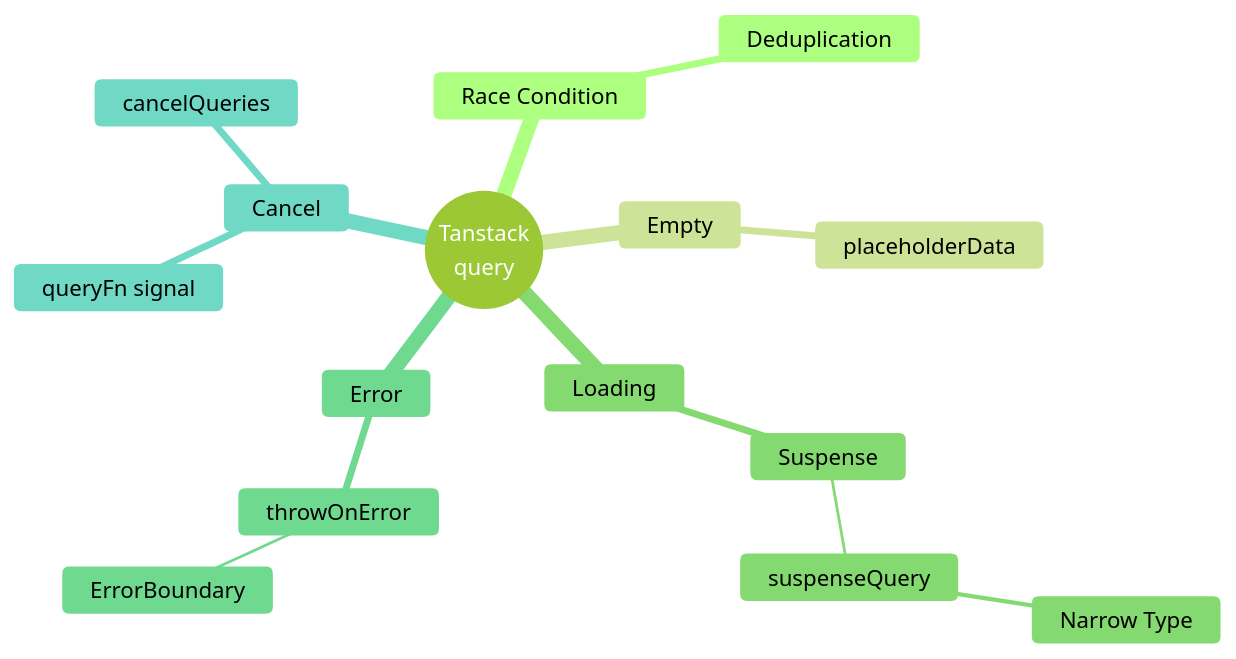
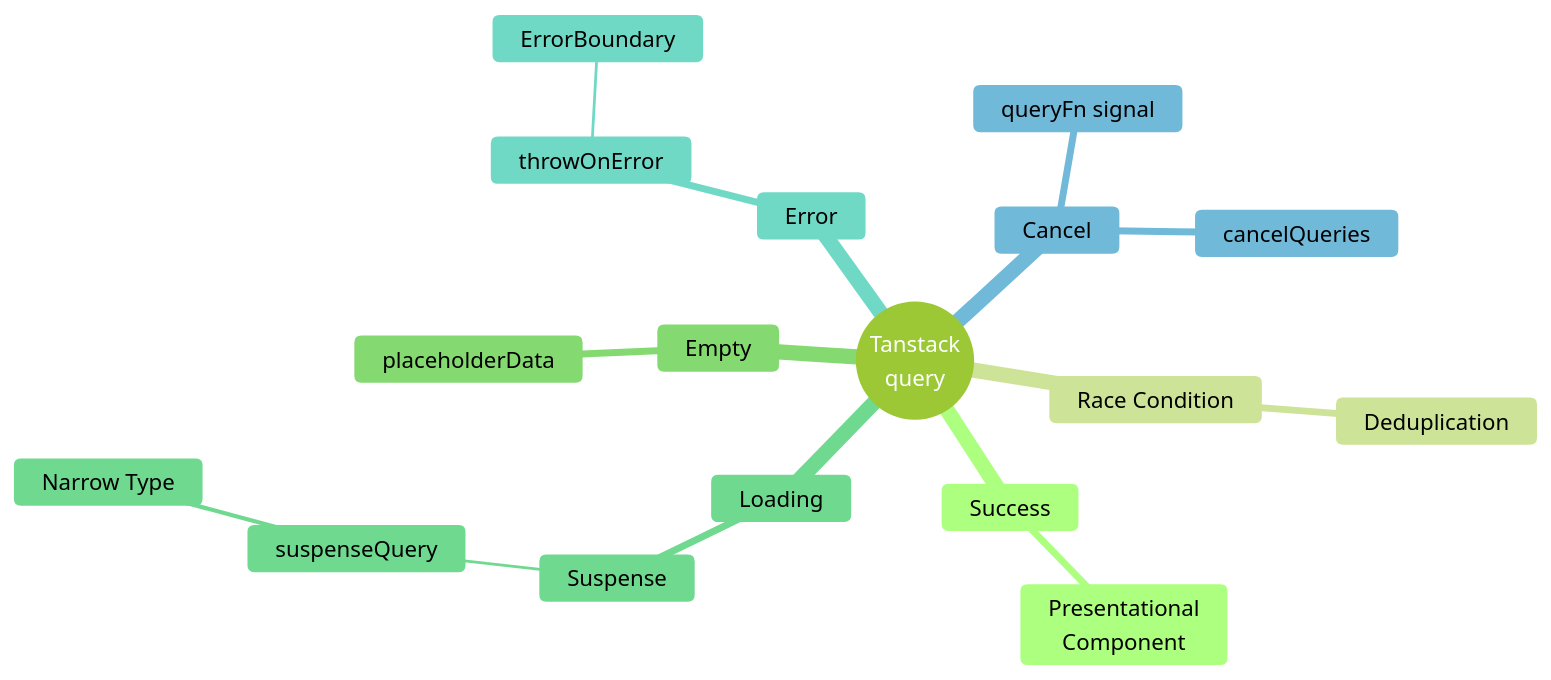
One commit to fe-dudu/fe-dudu-nextra changed the diagram in pages/archive/async-state.mdx. Above: the diagram before and after it, drawn with Mermaid (forest theme).

Commit message:
docs: archive async state

````diff
--- a/pages/archive/async-state.mdx
+++ b/pages/archive/async-state.mdx
@@ -3,18 +3,20 @@
 ```mermaid
 mindmap
   root((Tanstack<br/>query))
+    Success
+     Presentational<br/>Component
     Race Condition
      Deduplication
     Empty
      placeholderData
     Loading
      Suspense
       suspenseQuery
        Narrow Type
     Error
      throwOnError
       ErrorBoundary
     Cancel
      cancelQueries
      queryFn signal  
 ```
````
